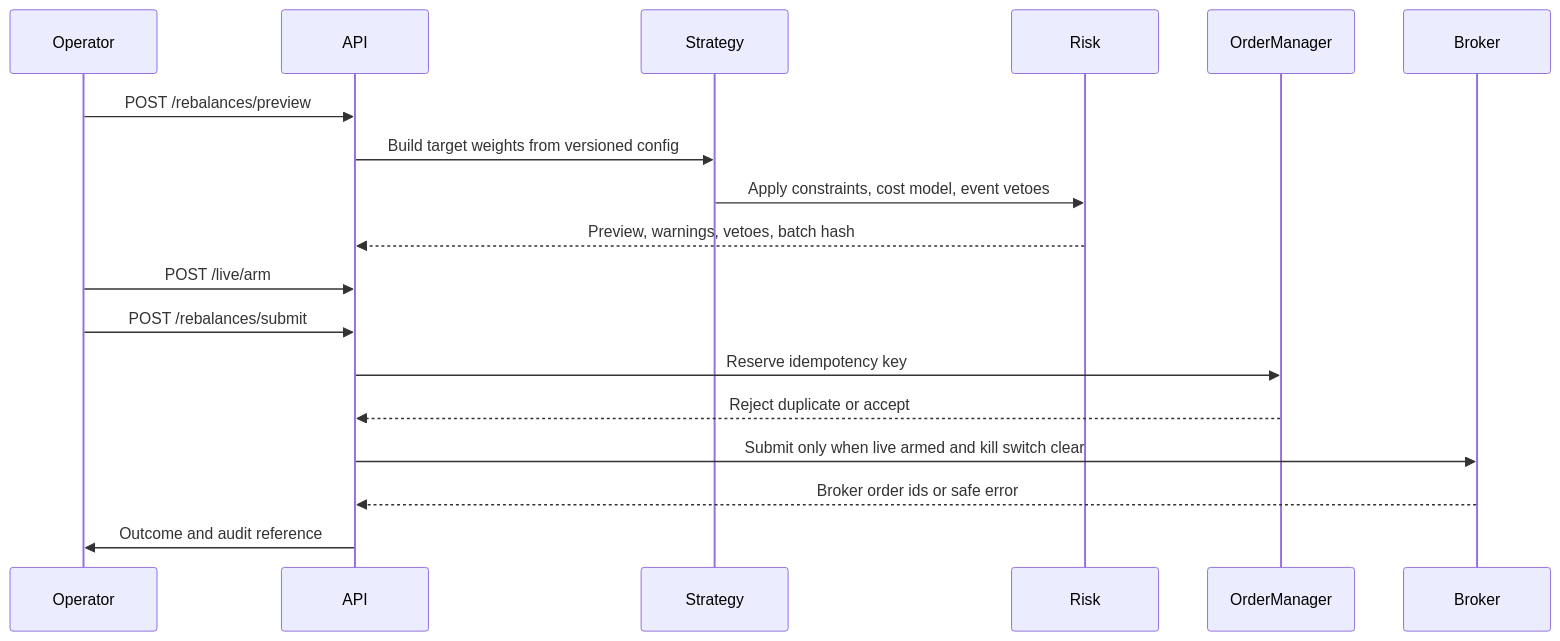
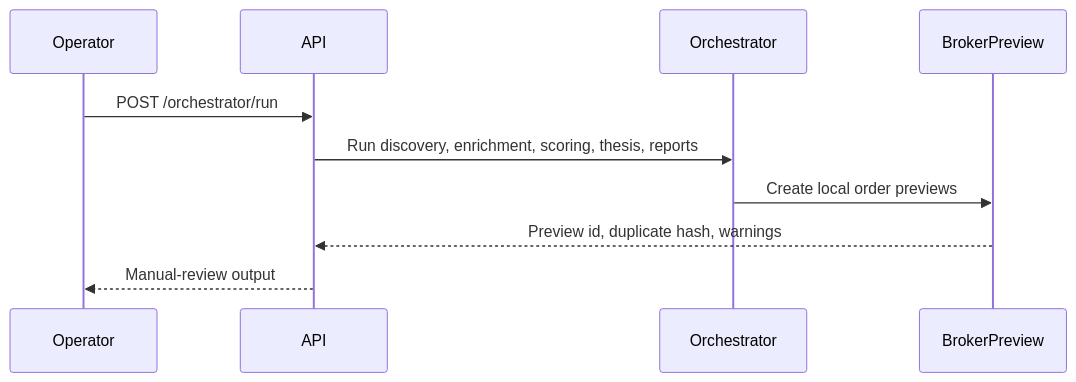
One commit to danielcoakley/t212 changed the second of 2 diagrams in docs/architecture.md. Above: the diagram before and after it, drawn with Mermaid. The commit also changed other lines of this file and 141 other files, not shown here.

````diff
--- a/docs/architecture.md
+++ b/docs/architecture.md
@@ -57,20 +48,12 @@
 ```mermaid
 sequenceDiagram
     participant Operator
     participant API
-    participant Strategy
-    participant Risk
-    participant OrderManager
-    participant Broker
-    Operator->>API: POST /rebalances/preview
-    API->>Strategy: Build target weights from versioned config
-    Strategy->>Risk: Apply constraints, cost model, event vetoes
-    Risk-->>API: Preview, warnings, vetoes, batch hash
-    Operator->>API: POST /live/arm
-    Operator->>API: POST /rebalances/submit
-    API->>OrderManager: Reserve idempotency key
-    OrderManager-->>API: Reject duplicate or accept
-    API->>Broker: Submit only when live armed and kill switch clear
-    Broker-->>API: Broker order ids or safe error
-    API->>Operator: Outcome and audit reference
+    participant Orchestrator
+    participant BrokerPreview
+    Operator->>API: POST /orchestrator/run
+    API->>Orchestrator: Run discovery, enrichment, scoring, thesis, reports
+    Orchestrator->>BrokerPreview: Create local order previews
+    BrokerPreview-->>API: Preview id, duplicate hash, warnings
+    API-->>Operator: Manual-review output
 ```
````
